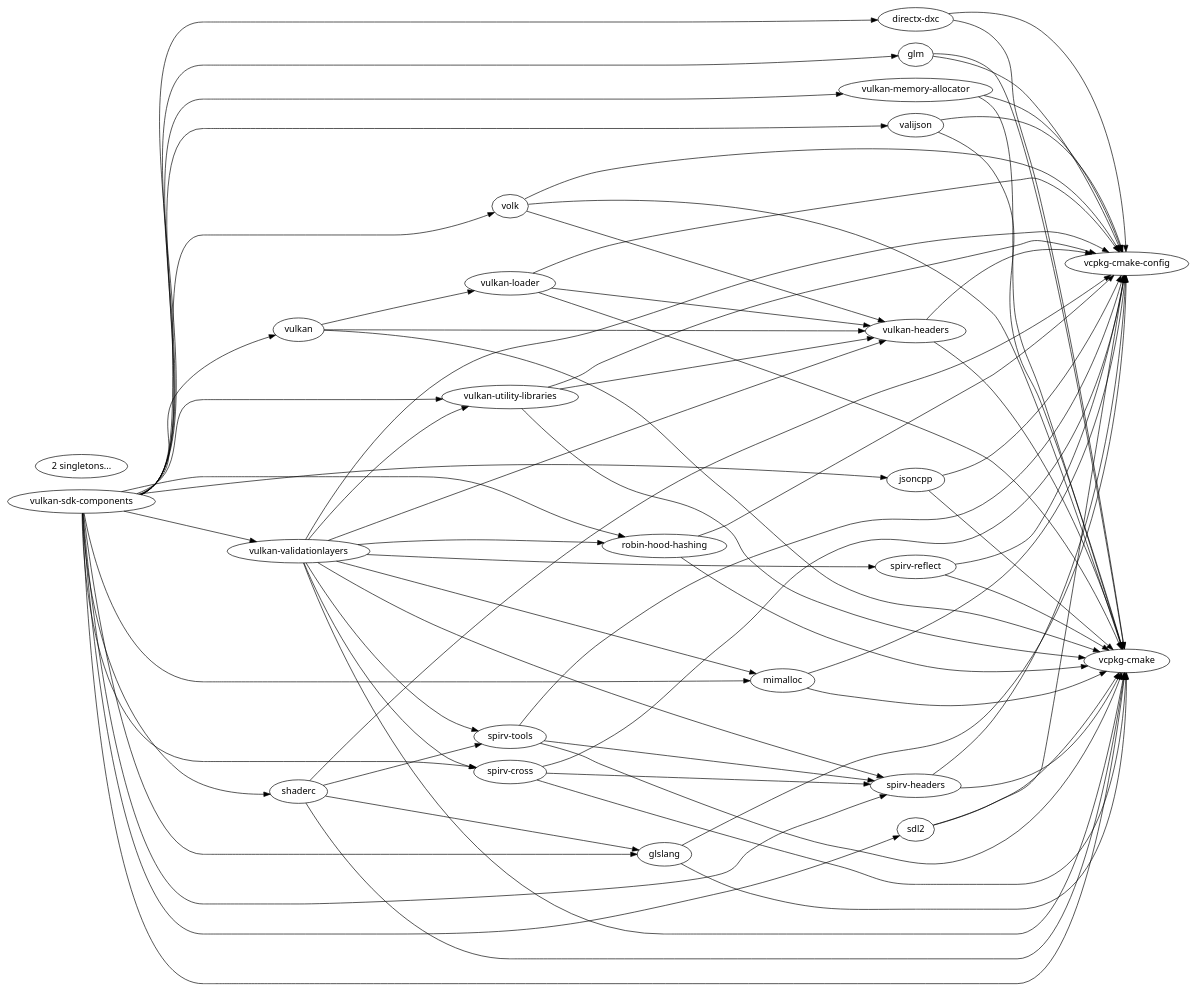
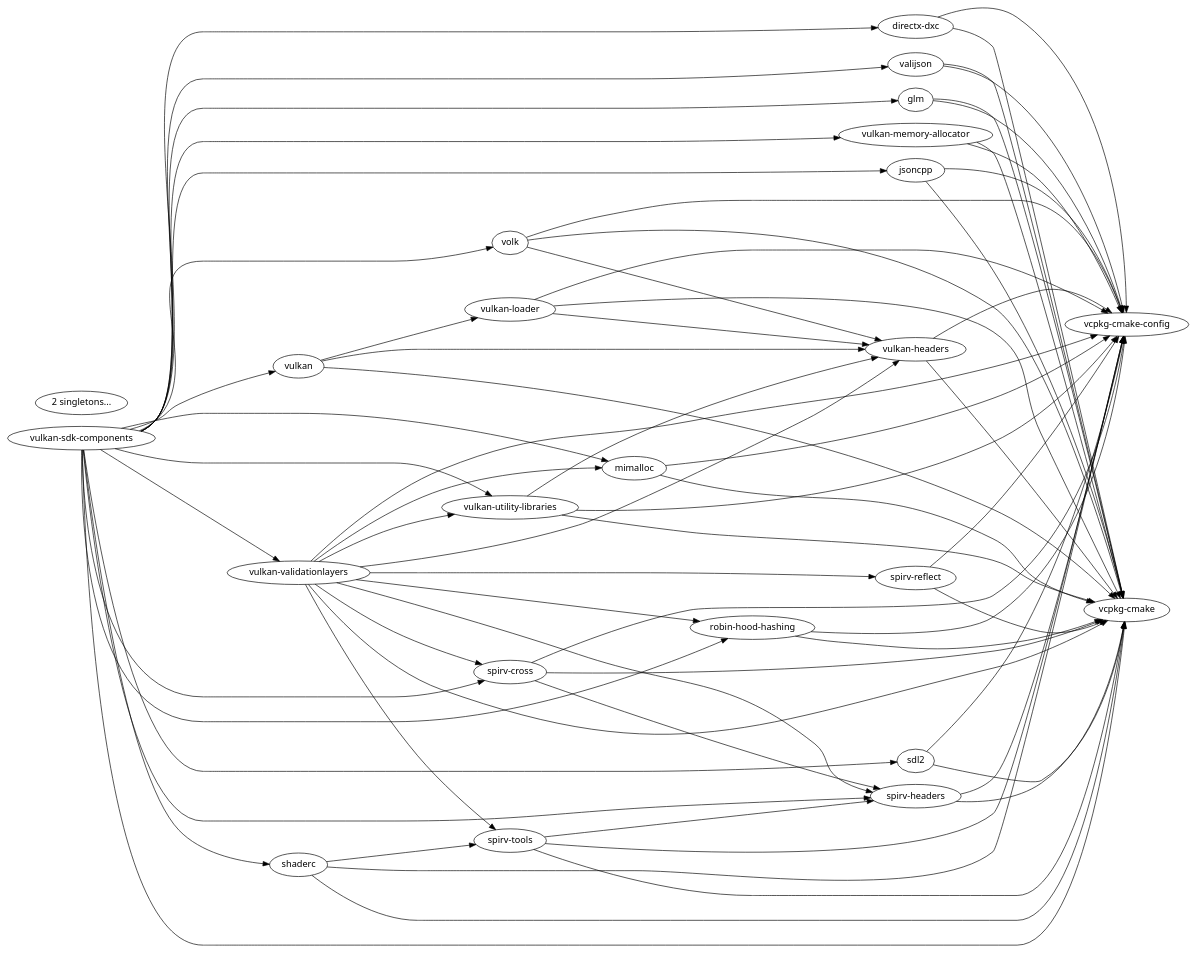
One commit to semihguresci/VulkanContainer changed the diagram in deps.dot. Above: the diagram before and after it, drawn with Graphviz. The commit also changed 8 other files, not shown here.

```diff
--- a/deps.dot
+++ b/deps.dot
@@ -1,99 +1,94 @@
 digraph G{ rankdir=LR; node [fontname=Sans]; edge [minlen=3]; overlap=false;
 "vcpkg-cmake";
 "vcpkg-cmake-config";
 "directx-dxc";
 "directx-dxc" -> "vcpkg-cmake";
 "directx-dxc" -> "vcpkg-cmake-config";
 "glm";
 "glm" -> "vcpkg-cmake";
 "glm" -> "vcpkg-cmake-config";
-"glslang";
-"glslang" -> "vcpkg-cmake";
-"glslang" -> "vcpkg-cmake-config";
 "jsoncpp";
 "jsoncpp" -> "vcpkg-cmake";
 "jsoncpp" -> "vcpkg-cmake-config";
 "mimalloc";
 "mimalloc" -> "vcpkg-cmake";
 "mimalloc" -> "vcpkg-cmake-config";
 "robin-hood-hashing";
 "robin-hood-hashing" -> "vcpkg-cmake";
 "robin-hood-hashing" -> "vcpkg-cmake-config";
 "sdl2";
 "sdl2" -> "vcpkg-cmake";
 "sdl2" -> "vcpkg-cmake-config";
 "spirv-headers";
 "spirv-headers" -> "vcpkg-cmake";
 "spirv-headers" -> "vcpkg-cmake-config";
 "spirv-tools";
 "spirv-tools" -> "spirv-headers";
 "spirv-tools" -> "vcpkg-cmake";
 "spirv-tools" -> "vcpkg-cmake-config";
 "shaderc";
-"shaderc" -> "glslang";
 "shaderc" -> "spirv-tools";
 "shaderc" -> "vcpkg-cmake";
 "shaderc" -> "vcpkg-cmake-config";
 "spirv-cross";
 "spirv-cross" -> "spirv-headers";
 "spirv-cross" -> "vcpkg-cmake";
 "spirv-cross" -> "vcpkg-cmake-config";
 "spirv-reflect";
 "spirv-reflect" -> "vcpkg-cmake";
 "spirv-reflect" -> "vcpkg-cmake-config";
 "valijson";
 "valijson" -> "vcpkg-cmake";
 "valijson" -> "vcpkg-cmake-config";
 "vulkan-headers";
 "vulkan-headers" -> "vcpkg-cmake";
 "vulkan-headers" -> "vcpkg-cmake-config";
 "volk";
 "volk" -> "vcpkg-cmake";
 "volk" -> "vcpkg-cmake-config";
 "volk" -> "vulkan-headers";
 "vulkan-loader";
 "vulkan-loader" -> "vcpkg-cmake";
 "vulkan-loader" -> "vcpkg-cmake-config";
 "vulkan-loader" -> "vulkan-headers";
 "vulkan";
 "vulkan" -> "vcpkg-cmake";
 "vulkan" -> "vulkan-headers";
 "vulkan" -> "vulkan-loader";
 "vulkan-memory-allocator";
 "vulkan-memory-allocator" -> "vcpkg-cmake";
 "vulkan-memory-allocator" -> "vcpkg-cmake-config";
 "vulkan-utility-libraries";
 "vulkan-utility-libraries" -> "vcpkg-cmake";
 "vulkan-utility-libraries" -> "vcpkg-cmake-config";
 "vulkan-utility-libraries" -> "vulkan-headers";
 "vulkan-validationlayers";
 "vulkan-validationlayers" -> "mimalloc";
 "vulkan-validationlayers" -> "robin-hood-hashing";
 "vulkan-validationlayers" -> "spirv-cross";
 "vulkan-validationlayers" -> "spirv-headers";
 "vulkan-validationlayers" -> "spirv-reflect";
 "vulkan-validationlayers" -> "spirv-tools";
 "vulkan-validationlayers" -> "vcpkg-cmake";
 "vulkan-validationlayers" -> "vcpkg-cmake-config";
 "vulkan-validationlayers" -> "vulkan-headers";
 "vulkan-validationlayers" -> "vulkan-utility-libraries";
 "vulkan-sdk-components";
 "vulkan-sdk-components" -> "directx-dxc";
 "vulkan-sdk-components" -> "glm";
-"vulkan-sdk-components" -> "glslang";
 "vulkan-sdk-components" -> "jsoncpp";
 "vulkan-sdk-components" -> "mimalloc";
 "vulkan-sdk-components" -> "robin-hood-hashing";
 "vulkan-sdk-components" -> "sdl2";
 "vulkan-sdk-components" -> "shaderc";
 "vulkan-sdk-components" -> "spirv-cross";
 "vulkan-sdk-components" -> "spirv-headers";
 "vulkan-sdk-components" -> "valijson";
 "vulkan-sdk-components" -> "vcpkg-cmake";
 "vulkan-sdk-components" -> "volk";
 "vulkan-sdk-components" -> "vulkan";
 "vulkan-sdk-components" -> "vulkan-memory-allocator";
 "vulkan-sdk-components" -> "vulkan-utility-libraries";
 "vulkan-sdk-components" -> "vulkan-validationlayers";
 "2 singletons...";
 }
```
